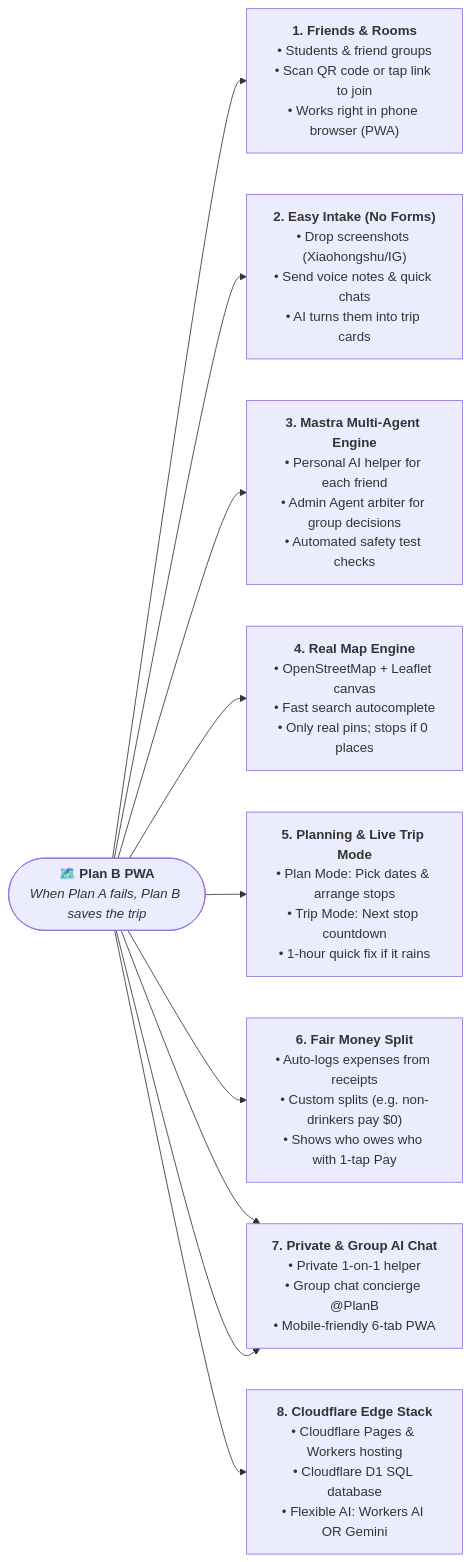
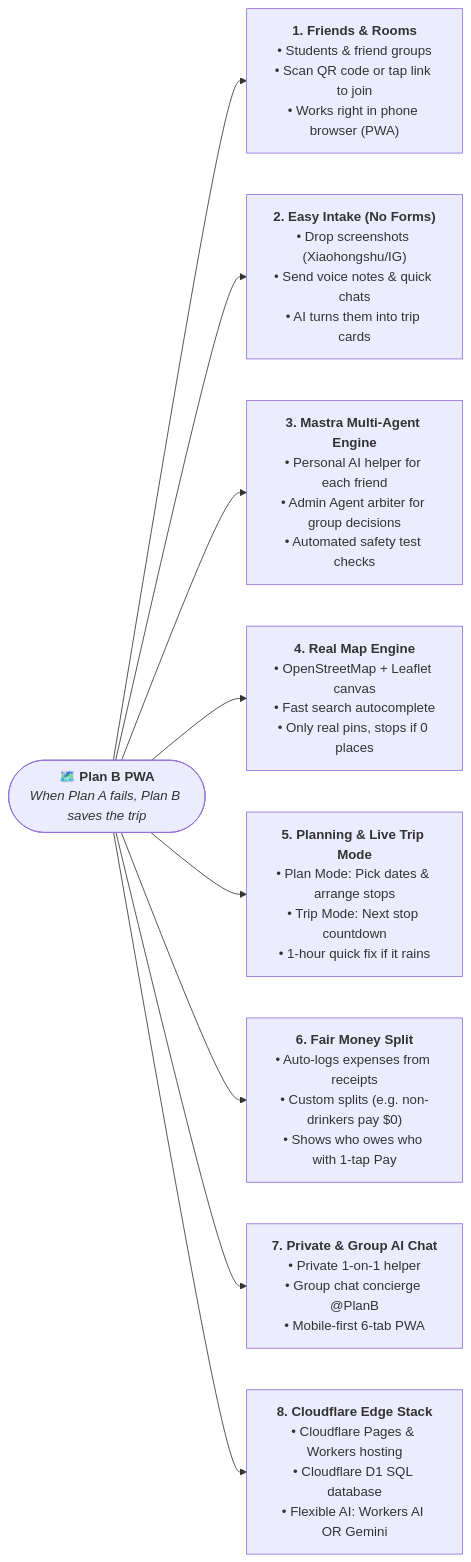
The second of 21 diagrams in README.md (nlzce/We-are-the-champions_Plan-B), drawn with Mermaid before and after one commit. The commit also changed other lines of this file, not shown here.

Commit message:
docs: fix the mermaid diagram problem

````diff
--- a/README.md
+++ b/README.md
@@ -79,14 +78,13 @@
 ```mermaid
 flowchart LR
   Root(["<b>🗺️ Plan B PWA</b><br/><i>When Plan A fails, Plan B saves the trip</i>"])
 
   Root --> U["<b>1. Friends & Rooms</b><br/>• Students & friend groups<br/>• Scan QR code or tap link to join<br/>• Works right in phone browser (PWA)"]
   Root --> P["<b>2. Easy Intake (No Forms)</b><br/>• Drop screenshots (Xiaohongshu/IG)<br/>• Send voice notes & quick chats<br/>• AI turns them into trip cards"]
   Root --> A["<b>3. Mastra Multi-Agent Engine</b><br/>• Personal AI helper for each friend<br/>• Admin Agent arbiter for group decisions<br/>• Automated safety test checks"]
-  Root --> M["<b>4. Real Map Engine</b><br/>• OpenStreetMap + Leaflet canvas<br/>• Fast search autocomplete<br/>• Only real pins; stops if 0 places"]
+  Root --> M["<b>4. Real Map Engine</b><br/>• OpenStreetMap + Leaflet canvas<br/>• Fast search autocomplete<br/>• Only real pins, stops if 0 places"]
   Root --> D["<b>5. Planning & Live Trip Mode</b><br/>• Plan Mode: Pick dates & arrange stops<br/>• Trip Mode: Next stop countdown<br/>• 1-hour quick fix if it rains"]
   Root --> B["<b>6. Fair Money Split</b><br/>• Auto-logs expenses from receipts<br/>• Custom splits (e.g. non-drinkers pay $0)<br/>• Shows who owes who with 1-tap Pay"]
-  Root --> S["<b>7. Private & Group AI Chat</b><br/>• Private 1-on-1 helper (Screen 14)<br/>• Group chat concierge @PlanB (Screen 20/21)<br/>• 22 clean mobile screens"]
-  Root --> S["<b>7. Private & Group AI Chat</b><br/>• Private 1-on-1 helper<br/>• Group chat concierge @PlanB<br/>• Mobile-friendly 6-tab PWA"]
+  Root --> S["<b>7. Private & Group AI Chat</b><br/>• Private 1-on-1 helper<br/>• Group chat concierge @PlanB<br/>• Mobile-first 6-tab PWA"]
   Root --> C["<b>8. Cloudflare Edge Stack</b><br/>• Cloudflare Pages & Workers hosting<br/>• Cloudflare D1 SQL database<br/>• Flexible AI: Workers AI OR Gemini"]
 ```
````
